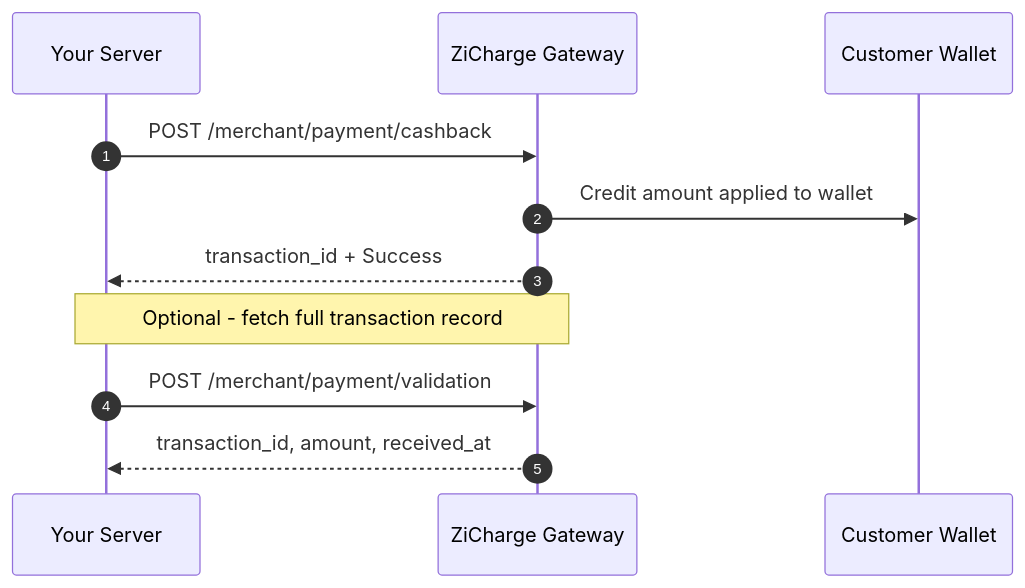
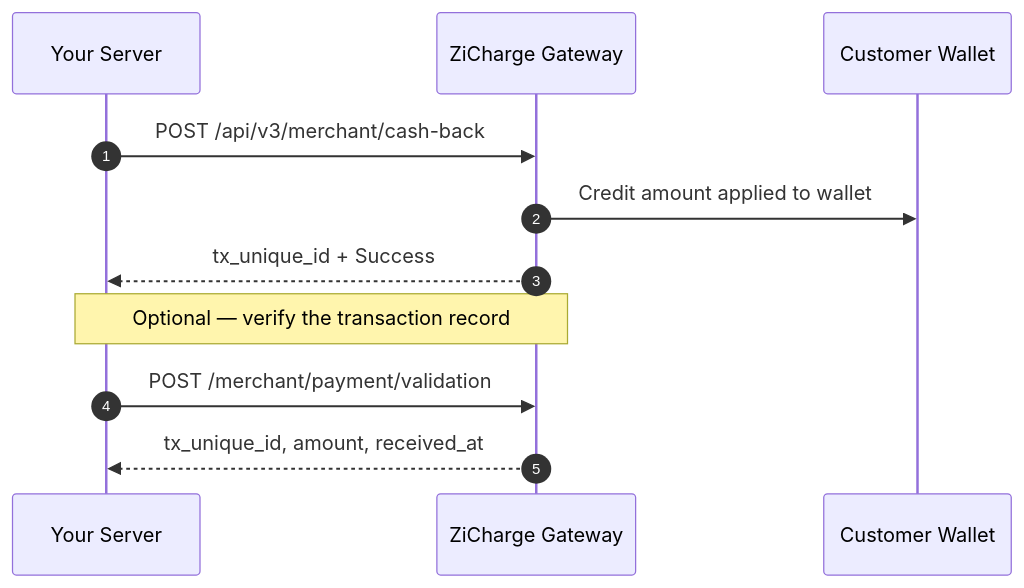
Before and after one commit to NewrozTech/zc-paymentgw-developer-docs: the second of 2 diagrams in docs/index.md, drawn with Mermaid. The commit also changed other lines of this file and 30 other files, not shown here.

Commit message:
feat: replace RapiDoc with Scalar API Reference + full-bleed layout fix

````diff
--- a/docs/index.md
+++ b/docs/index.md
@@ -38,15 +38,15 @@
     ``` mermaid
     sequenceDiagram
         autonumber
         participant M as Your Server
         participant G as ZiCharge Gateway
         participant W as Customer Wallet
 
-        M->>G: POST /merchant/payment/cashback
+        M->>G: POST /api/v3/merchant/cash-back
         G->>W: Credit amount applied to wallet
-        G-->>M: transaction_id + Success
+        G-->>M: tx_unique_id + Success
 
-        note over M,G: Optional - fetch full transaction record
+        note over M,G: Optional — verify the transaction record
         M->>G: POST /merchant/payment/validation
-        G-->>M: transaction_id, amount, received_at
+        G-->>M: tx_unique_id, amount, received_at
     ```
````
